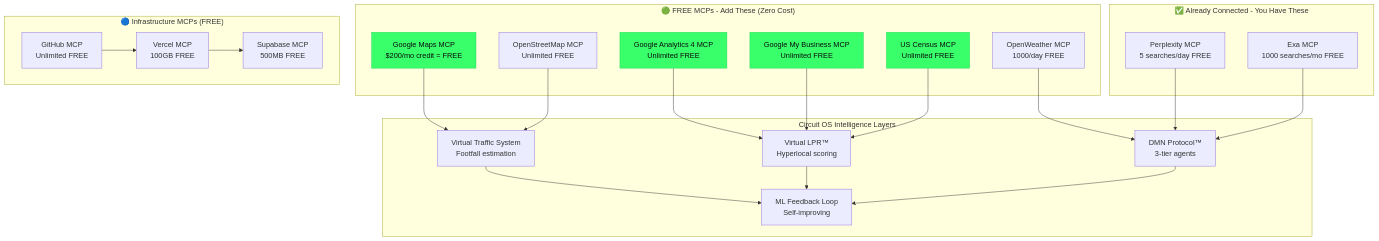
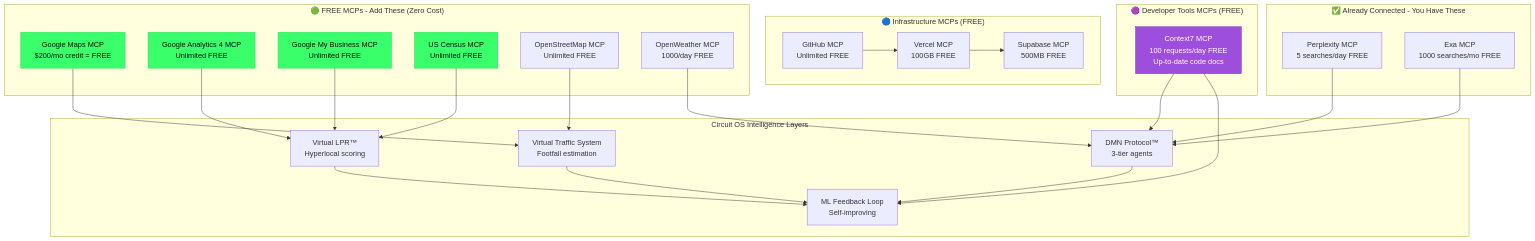
Before and after one commit to drive-brand-growth/Circuitos: the diagram in Docs/FREE-MCP-INTEGRATION-GUIDE.md, drawn with Mermaid. The commit also changed other lines of this file and 3 other files, not shown here.

First line of the commit message:
Add: Context7 MCP server integration for up-to-date code documentation

````diff
--- a/Docs/FREE-MCP-INTEGRATION-GUIDE.md
+++ b/Docs/FREE-MCP-INTEGRATION-GUIDE.md
@@ -12,51 +12,59 @@
 ```mermaid
 graph TB
     subgraph "✅ Already Connected - You Have These"
         Perp[Perplexity MCP<br/>5 searches/day FREE]
         Exa[Exa MCP<br/>1000 searches/mo FREE]
     end
 
     subgraph "🟢 FREE MCPs - Add These (Zero Cost)"
         GMaps[Google Maps MCP<br/>$200/mo credit = FREE]
         GA4[Google Analytics 4 MCP<br/>Unlimited FREE]
         GMB[Google My Business MCP<br/>Unlimited FREE]
         Census[US Census MCP<br/>Unlimited FREE]
         OSM[OpenStreetMap MCP<br/>Unlimited FREE]
         Weather[OpenWeather MCP<br/>1000/day FREE]
     end
 
     subgraph "🔵 Infrastructure MCPs (FREE)"
         GH[GitHub MCP<br/>Unlimited FREE]
         Supa[Supabase MCP<br/>500MB FREE]
         Vercel[Vercel MCP<br/>100GB FREE]
     end
 
+    subgraph "🟣 Developer Tools MCPs (FREE)"
+        Context7[Context7 MCP<br/>100 requests/day FREE<br/>Up-to-date code docs]
+    end
+
     subgraph "Circuit OS Intelligence Layers"
         VirtualLPR[Virtual LPR™<br/>Hyperlocal scoring]
         VirtualTraffic[Virtual Traffic System<br/>Footfall estimation]
         DMN[DMN Protocol™<br/>3-tier agents]
         ML[ML Feedback Loop<br/>Self-improving]
     end
 
     GMaps --> VirtualTraffic
     GA4 --> VirtualLPR
     GMB --> VirtualLPR
     Census --> VirtualLPR
     OSM --> VirtualTraffic
     Weather --> DMN
 
     Perp --> DMN
     Exa --> DMN
 
     GH --> Vercel
     Vercel --> Supa
 
+    Context7 --> DMN
+    Context7 --> ML
+
     VirtualTraffic --> ML
     VirtualLPR --> ML
     DMN --> ML
 
     style GMaps fill:#38FF6A,stroke:#27D85A,color:#0B0C0D
     style GA4 fill:#38FF6A,stroke:#27D85A,color:#0B0C0D
     style GMB fill:#38FF6A,stroke:#27D85A,color:#0B0C0D
     style Census fill:#38FF6A,stroke:#27D85A,color:#0B0C0D
+    style Context7 fill:#9D4EDD,stroke:#7B2CBF,color:#FFFFFF
 ```
````
